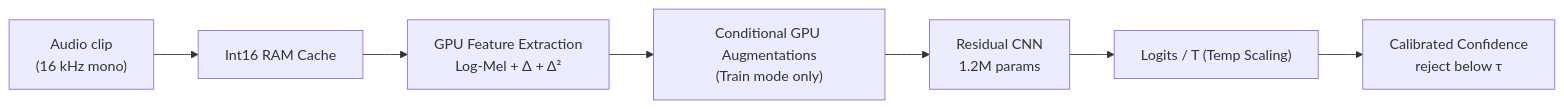
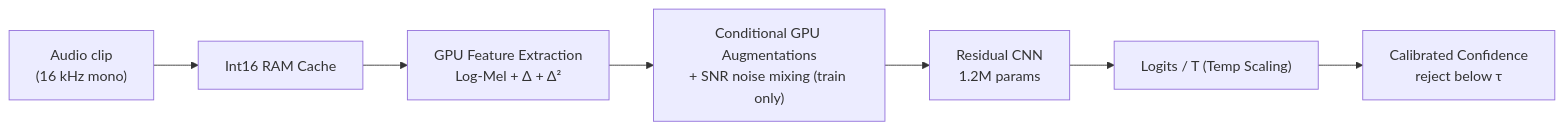
The diagram in README.md (Hades-Highness/spoken-command-recognition), drawn with Mermaid before and after one commit. The commit also changed other lines of this file and 3 other files, not shown here.

````diff
--- a/README.md
+++ b/README.md
@@ -108,9 +109,9 @@
 ```mermaid
 flowchart LR
     A["Audio clip<br/>(16 kHz mono)"] --> B["Int16 RAM Cache"]
     B --> C["GPU Feature Extraction<br/>Log-Mel + Δ + Δ²"]
-    C --> D["Conditional GPU Augmentations<br/>(Train mode only)"]
+    C --> D["Conditional GPU Augmentations<br/>+ SNR noise mixing (train only)"]
     D --> E["Residual CNN<br/>1.2M params"]
     E --> F["Logits / T (Temp Scaling)"]
     F --> G["Calibrated Confidence<br/>reject below τ"]
 ```
````
